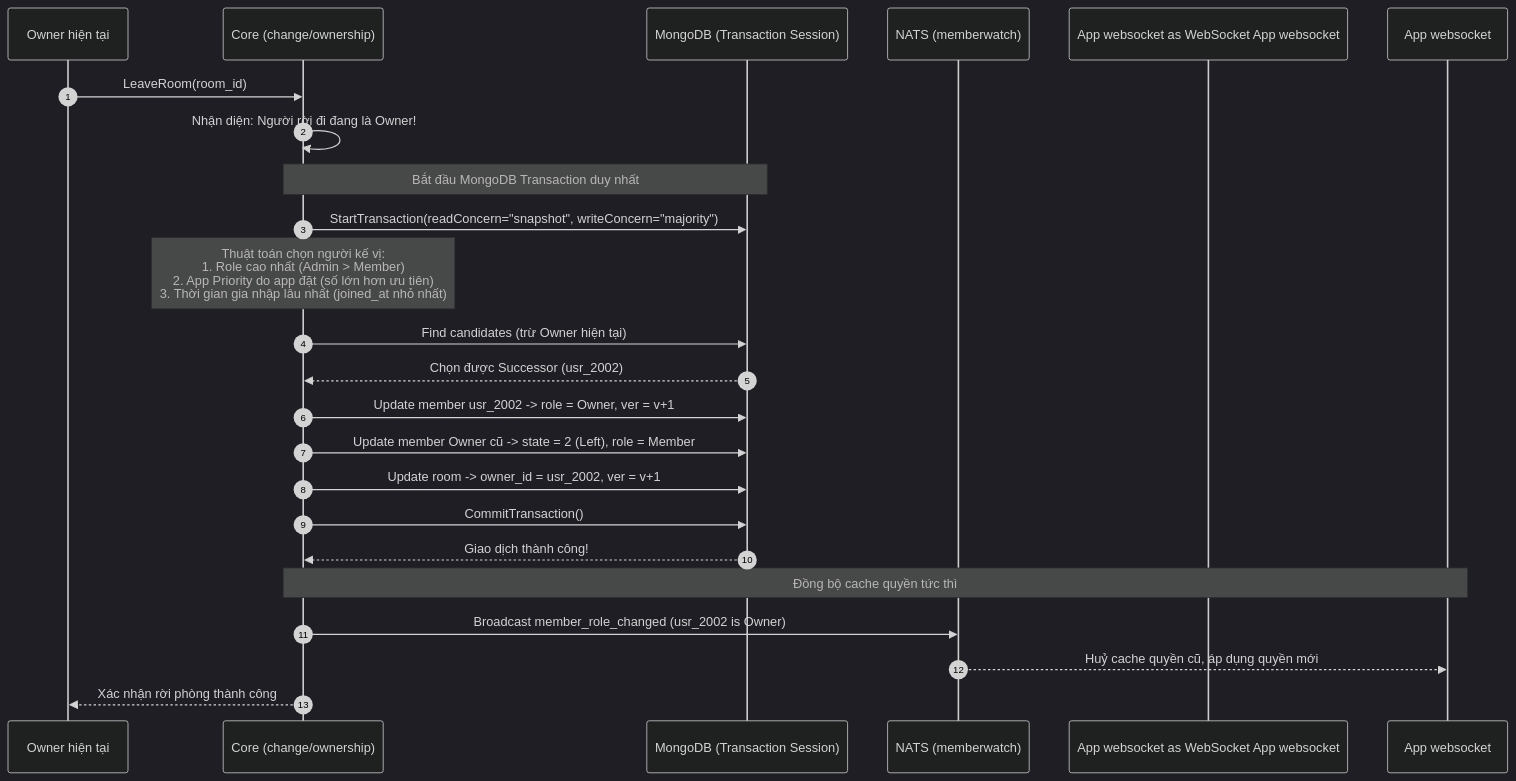
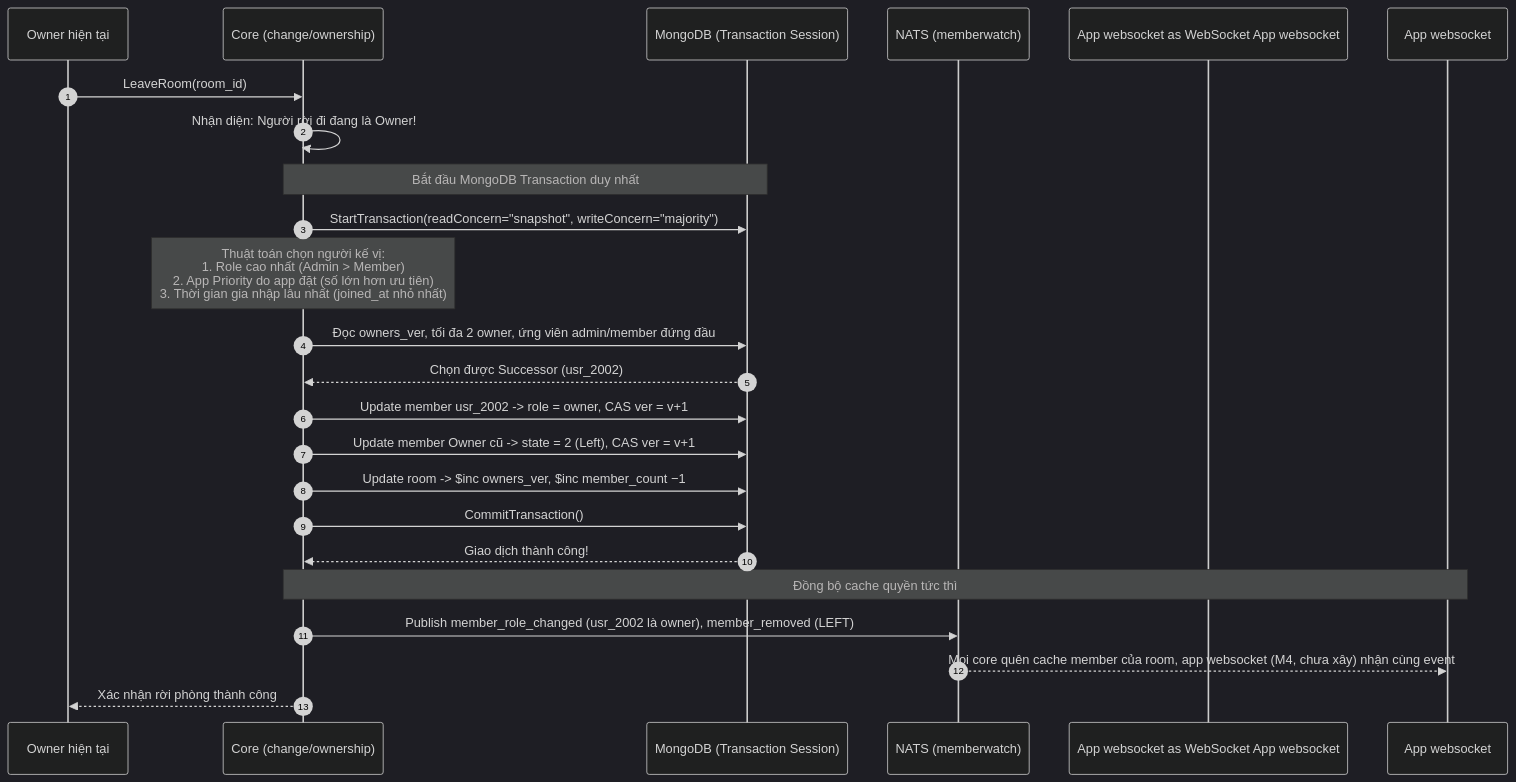
The third of 3 diagrams in docs/modules/05-feature-membership-roles-and-succession.md (ivannguyendev/chatim), drawn with Mermaid (dark theme) before and after one commit. The commit also changed other lines of this file and 12 other files, not shown here.

````diff
--- a/docs/modules/05-feature-membership-roles-and-succession.md
+++ b/docs/modules/05-feature-membership-roles-and-succession.md
@@ -75,30 +74,30 @@
 ```mermaid
 sequenceDiagram
     autonumber
     participant Owner as Owner hiện tại
     participant Core as Core (change/ownership)
     participant Mongo as MongoDB (Transaction Session)
     participant Watch as NATS (memberwatch)
     participant App websocket as WebSocket App websocket
 
     Owner->>Core: LeaveRoom(room_id)
     Core->>Core: Nhận diện: Người rời đi đang là Owner!
 
     Note over Core,Mongo: Bắt đầu MongoDB Transaction duy nhất
     Core->>Mongo: StartTransaction(readConcern="snapshot", writeConcern="majority")
 
     Note over Core: Thuật toán chọn người kế vị:<br/>1. Role cao nhất (Admin > Member)<br/>2. App Priority do app đặt (số lớn hơn ưu tiên)<br/>3. Thời gian gia nhập lâu nhất (joined_at nhỏ nhất)
-    Core->>Mongo: Find candidates (trừ Owner hiện tại)
+    Core->>Mongo: Đọc owners_ver, tối đa 2 owner, ứng viên admin/member đứng đầu
     Mongo-->>Core: Chọn được Successor (usr_2002)
 
-    Core->>Mongo: Update member usr_2002 -> role = Owner, ver = v+1
-    Core->>Mongo: Update member Owner cũ -> state = 2 (Left), role = Member
-    Core->>Mongo: Update room -> owner_id = usr_2002, ver = v+1
+    Core->>Mongo: Update member usr_2002 -> role = owner, CAS ver = v+1
+    Core->>Mongo: Update member Owner cũ -> state = 2 (Left), CAS ver = v+1
+    Core->>Mongo: Update room -> $inc owners_ver, $inc member_count −1
     Core->>Mongo: CommitTransaction()
     Mongo-->>Core: Giao dịch thành công!
 
     Note over Core,App websocket: Đồng bộ cache quyền tức thì
-    Core->>Watch: Broadcast member_role_changed (usr_2002 is Owner)
-    Watch-->>App websocket: Huỷ cache quyền cũ, áp dụng quyền mới
+    Core->>Watch: Publish member_role_changed (usr_2002 là owner), member_removed (LEFT)
+    Watch-->>App websocket: Mọi core quên cache member của room, app websocket (M4, chưa xây) nhận cùng event
     Core-->>Owner: Xác nhận rời phòng thành công
 ```
````
